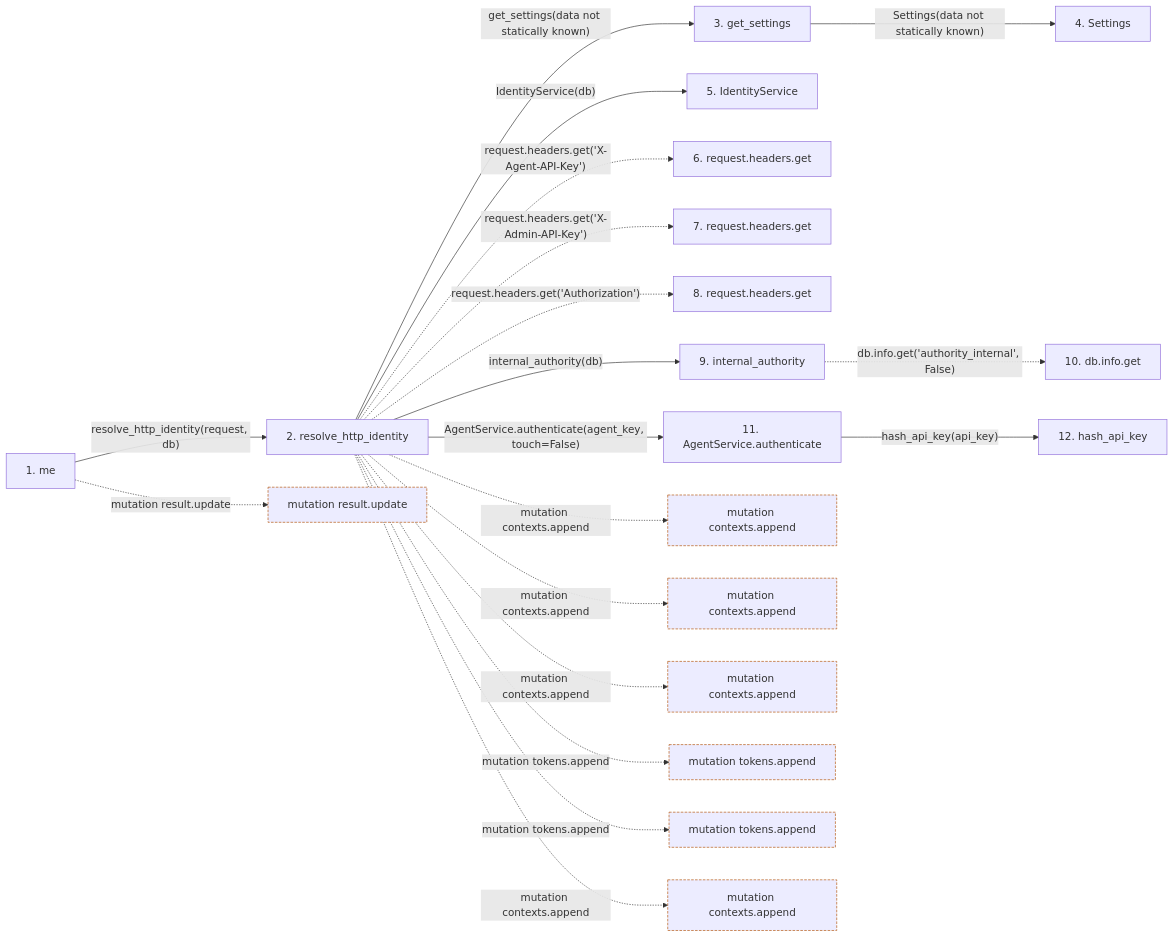
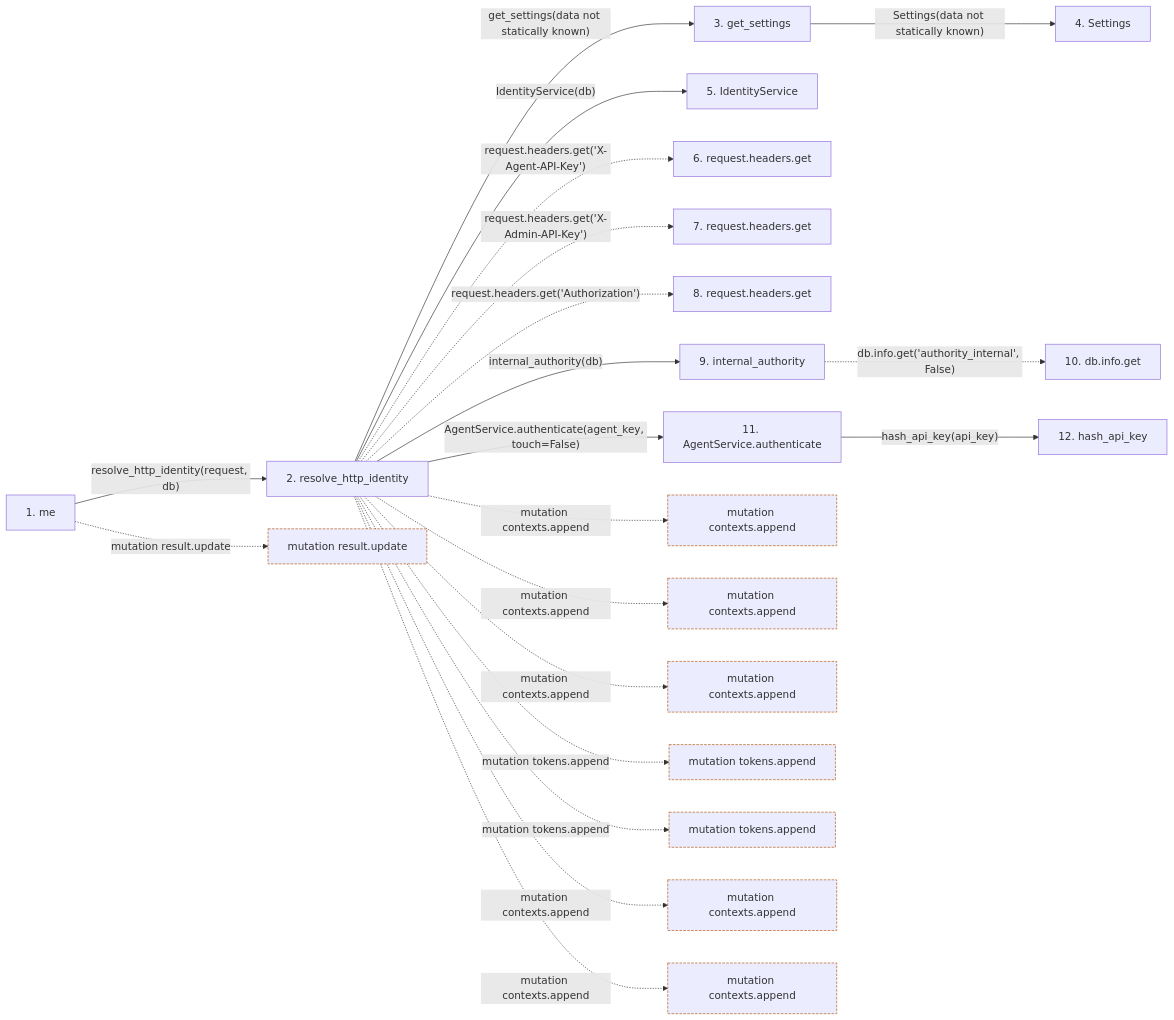
Before and after one commit to Denissvgn/WorkChord: the second of 2 diagrams in docs/llm_wiki/flows/http-me.md, drawn with Mermaid. The commit also changed other lines of this file and 1048 other files, not shown here.

````diff
--- a/docs/llm_wiki/flows/http-me.md
+++ b/docs/llm_wiki/flows/http-me.md
@@ -139,56 +140,59 @@
 ```mermaid
 flowchart LR
     s1["1. me"]
     s2["2. resolve_http_identity"]
     s3["3. get_settings"]
     s4["4. Settings"]
     s5["5. IdentityService"]
     s6["6. request.headers.get"]
     s7["7. request.headers.get"]
     s8["8. request.headers.get"]
     s9["9. internal_authority"]
     s10["10. db.info.get"]
     s11["11. AgentService.authenticate"]
     s12["12. hash_api_key"]
     s1 -->|"resolve_http_identity(request, db)"| s2
     s2 -->|"get_settings(data not statically known)"| s3
     s3 -->|"Settings(data not statically known)"| s4
     s2 -->|"IdentityService(db)"| s5
     s2 -. "request.headers.get('X-Agent-API-Key')" .-> s6
     s2 -. "request.headers.get('X-Admin-API-Key')" .-> s7
     s2 -. "request.headers.get('Authorization')" .-> s8
     s2 -->|"internal_authority(db)"| s9
     s9 -. "db.info.get('authority_internal', False)" .-> s10
     s2 -->|"AgentService.authenticate(agent_key, touch=False)"| s11
     s11 -->|"hash_api_key(api_key)"| s12
     b0["mutation result.update"]
     s1 -. "mutation result.update" .-> b0
     b1["mutation contexts.append"]
     s2 -. "mutation contexts.append" .-> b1
     b2["mutation contexts.append"]
     s2 -. "mutation contexts.append" .-> b2
     b3["mutation contexts.append"]
     s2 -. "mutation contexts.append" .-> b3
     b4["mutation tokens.append"]
     s2 -. "mutation tokens.append" .-> b4
     b5["mutation tokens.append"]
     s2 -. "mutation tokens.append" .-> b5
     b6["mutation contexts.append"]
     s2 -. "mutation contexts.append" .-> b6
+    b7["mutation contexts.append"]
+    s2 -. "mutation contexts.append" .-> b7
     click s1 "../modules/routers_identity.md"
     click s2 "../modules/http_authority.md"
     click s3 "../modules/config.md"
     click s4 "../modules/config.md"
     click s5 "../modules/identity_service.md"
     click s9 "../modules/authority.md"
     click s11 "../modules/agent_service.md"
     click s12 "../modules/agent_service.md"
     classDef boundary stroke:#b45309,stroke-dasharray: 4 2
     class b0 boundary
     class b1 boundary
     class b2 boundary
     class b3 boundary
     class b4 boundary
     class b5 boundary
     class b6 boundary
+    class b7 boundary
 ```
````
